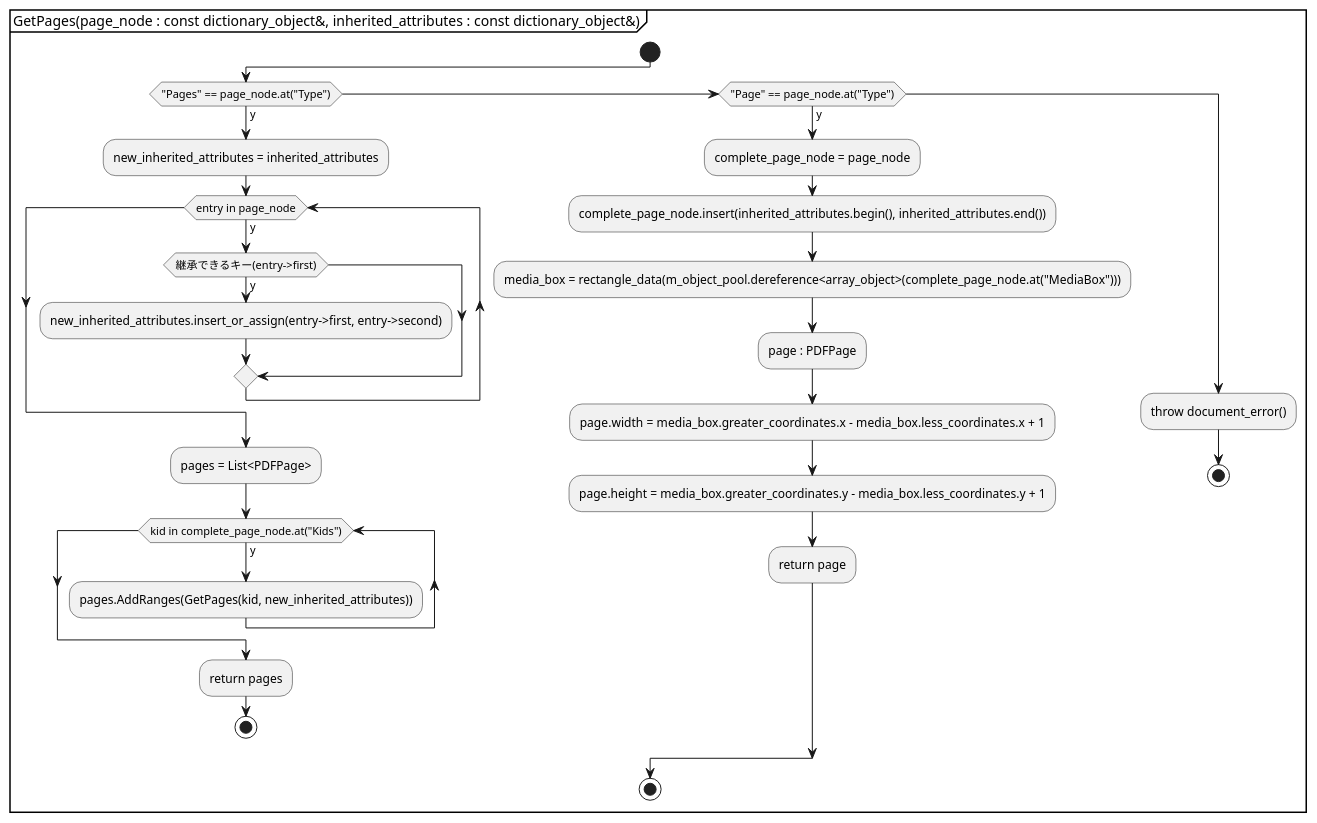
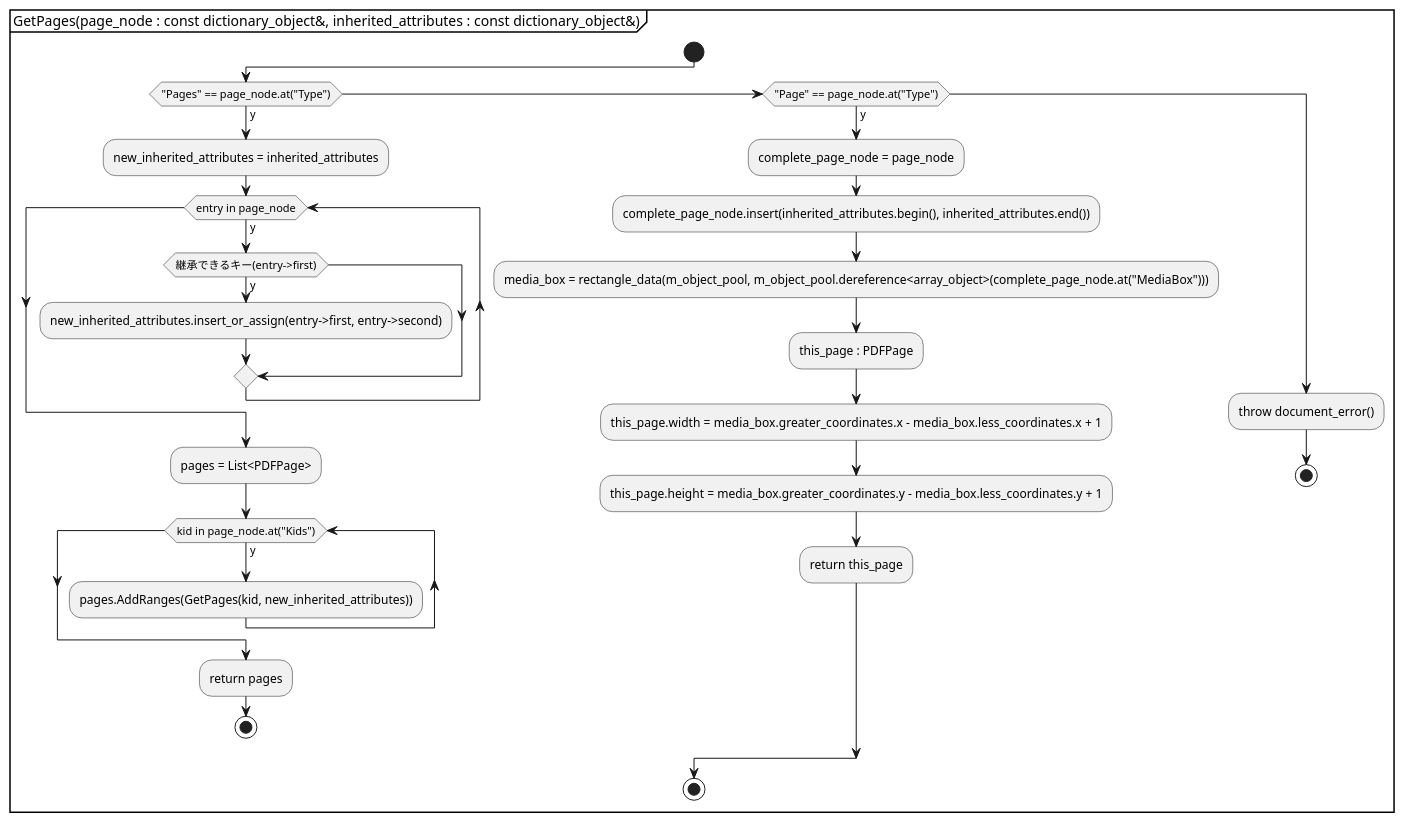
One commit to KodaiYM/PDFReader changed the third of 3 diagrams in document/document_parser.activity.pu. Above: the diagram before and after it, drawn with PlantUML. The commit also changed other lines of this file and 14 other files, not shown here.

```diff
--- a/document/document_parser.activity.pu
+++ b/document/document_parser.activity.pu
@@ -25,34 +20,34 @@
 @startuml GetPages_recursive
 partition "GetPages(page_node : const dictionary_object&, inherited_attributes : const dictionary_object&)" {
 start
 	if ("Pages" == page_node.at("Type")) then (y)
 		:new_inherited_attributes = inherited_attributes;
 		while (entry in page_node) is (y)
 			' Resources, MediaBox, CropBox, Rotate
 			if (継承できるキー(entry->first)) then (y)
 				:new_inherited_attributes.insert_or_assign(entry->first, entry->second);
 			endif
 		endwhile
 
 		:pages = List<PDFPage>;
-		while (kid in complete_page_node.at("Kids")) is (y)
+		while (kid in page_node.at("Kids")) is (y)
 			:pages.AddRanges(GetPages(kid, new_inherited_attributes));
 		endwhile
 		:return pages;
 		stop
 	elseif ("Page" == page_node.at("Type")) then (y)
 		:complete_page_node = page_node;
 		:complete_page_node.insert(inherited_attributes.begin(), inherited_attributes.end());
 
-		:media_box = rectangle_data(m_object_pool.dereference<array_object>(complete_page_node.at("MediaBox")));
-		:page : PDFPage;
-		:page.width  = media_box.greater_coordinates.x - media_box.less_coordinates.x + 1;
-		:page.height = media_box.greater_coordinates.y - media_box.less_coordinates.y + 1;
-		:return page;
+		:media_box = rectangle_data(m_object_pool, m_object_pool.dereference<array_object>(complete_page_node.at("MediaBox")));
+		:this_page : PDFPage;
+		:this_page.width  = media_box.greater_coordinates.x - media_box.less_coordinates.x + 1;
+		:this_page.height = media_box.greater_coordinates.y - media_box.less_coordinates.y + 1;
+		:return this_page;
 	else
 		:throw document_error();
 		stop
 	endif
 stop
 }
 @enduml
```
